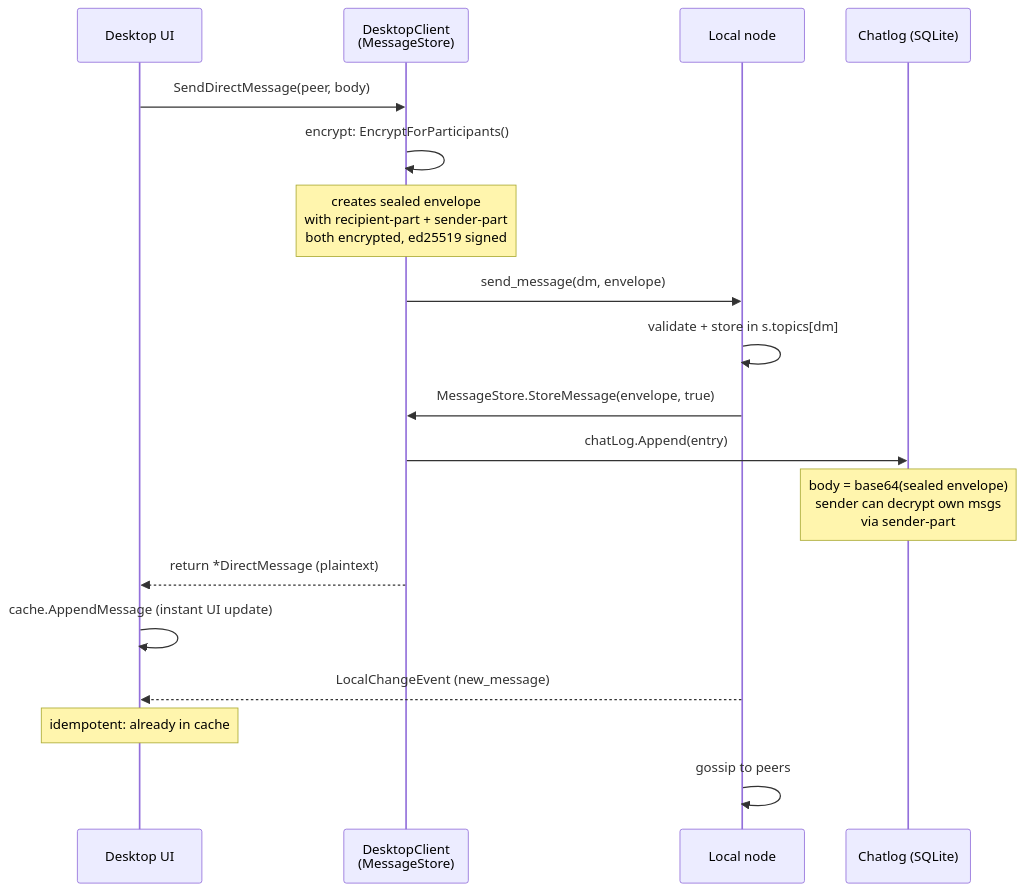
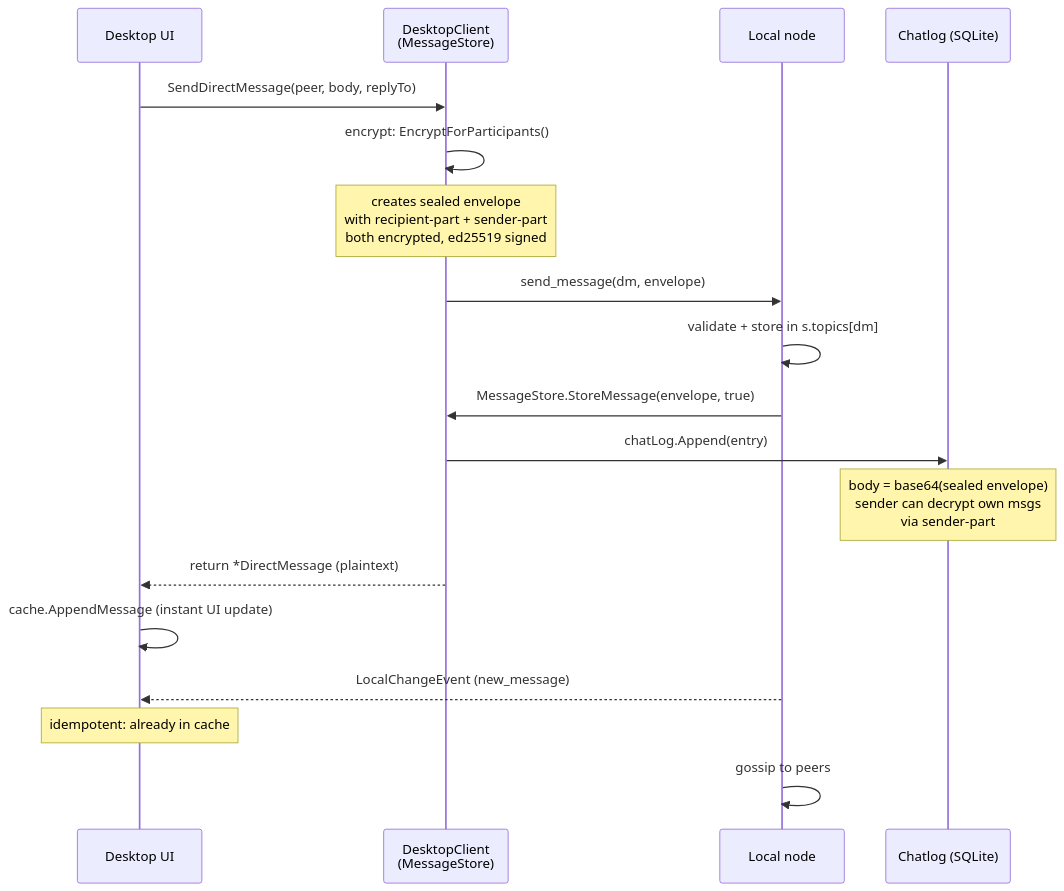
One commit to piratecash/corsa changed the fourth of 16 diagrams in docs/chatlog.md. Above: the diagram before and after it, drawn with Mermaid. The commit also changed other lines of this file and 28 other files, not shown here.

Commit message:
feat(desktop): message reply — context menu, quoted bubbles, click-to-scroll, RPC validation

````diff
--- a/docs/chatlog.md
+++ b/docs/chatlog.md
@@ -115,21 +115,21 @@
 ```mermaid
 sequenceDiagram
     participant UI as Desktop UI
     participant SVC as DesktopClient<br/>(MessageStore)
     participant NODE as Local node
     participant LOG as Chatlog (SQLite)
 
-    UI->>SVC: SendDirectMessage(peer, body)
+    UI->>SVC: SendDirectMessage(peer, body, replyTo)
     SVC->>SVC: encrypt: EncryptForParticipants()
     Note over SVC: creates sealed envelope<br/>with recipient-part + sender-part<br/>both encrypted, ed25519 signed
     SVC->>NODE: send_message(dm, envelope)
     NODE->>NODE: validate + store in s.topics[dm]
     NODE->>SVC: MessageStore.StoreMessage(envelope, true)
     SVC->>LOG: chatLog.Append(entry)
     Note over LOG: body = base64(sealed envelope)<br/>sender can decrypt own msgs<br/>via sender-part
     SVC-->>UI: return *DirectMessage (plaintext)
     UI->>UI: cache.AppendMessage (instant UI update)
     NODE-->>UI: LocalChangeEvent (new_message)
     Note over UI: idempotent: already in cache
     NODE->>NODE: gossip to peers
 ```
````
